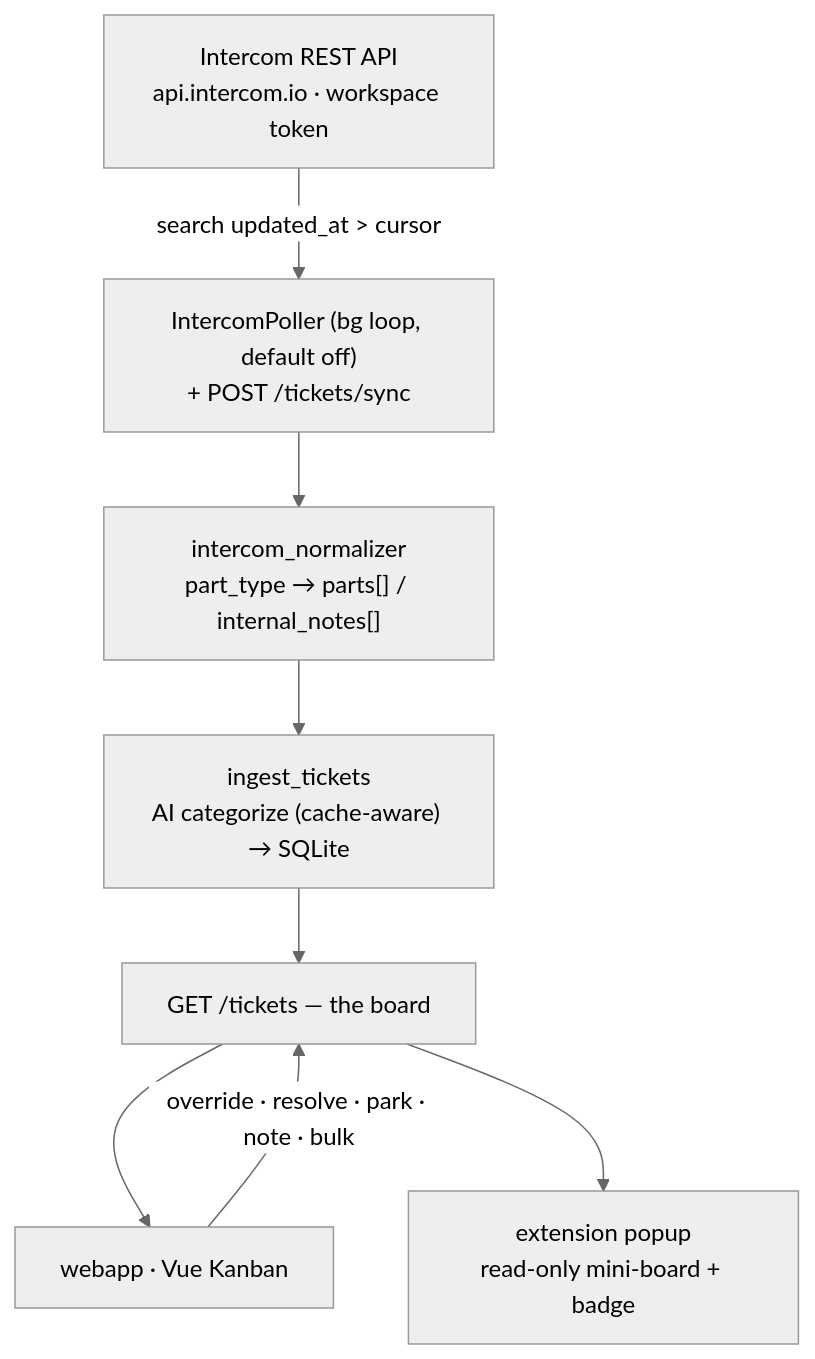
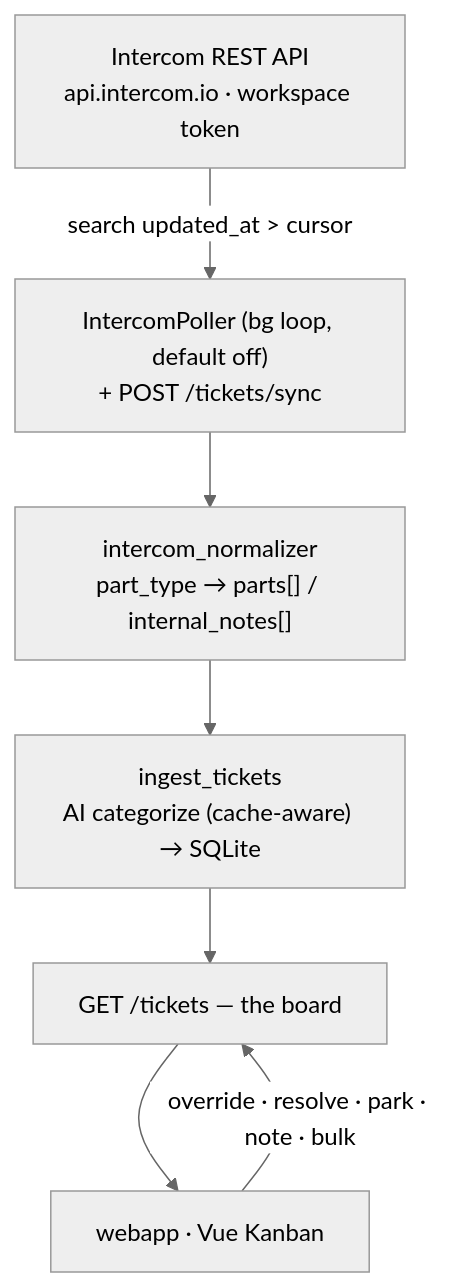
The diagram in docs/README.md (ch923dev/intercom-triage), drawn with Mermaid (neutral theme) before and after one commit. The commit also changed other lines of this file and 11 other files, not shown here.

````diff
--- a/docs/README.md
+++ b/docs/README.md
@@ -49,15 +47,13 @@
 ```mermaid
 flowchart TD
     IC["Intercom REST API<br/>api.intercom.io · workspace token"]
     POLL["IntercomPoller (bg loop, default off)<br/>+ POST /tickets/sync"]
     NORM["intercom_normalizer<br/>part_type → parts[] / internal_notes[]"]
     ING["ingest_tickets<br/>AI categorize (cache-aware) → SQLite"]
     BOARD["GET /tickets — the board"]
     WEB["webapp · Vue Kanban"]
-    EXT["extension popup<br/>read-only mini-board + badge"]
 
     IC -->|search updated_at > cursor| POLL --> NORM --> ING --> BOARD
     BOARD --> WEB
-    BOARD --> EXT
     WEB -->|"override · resolve · park · note · bulk"| BOARD
 ```
````
